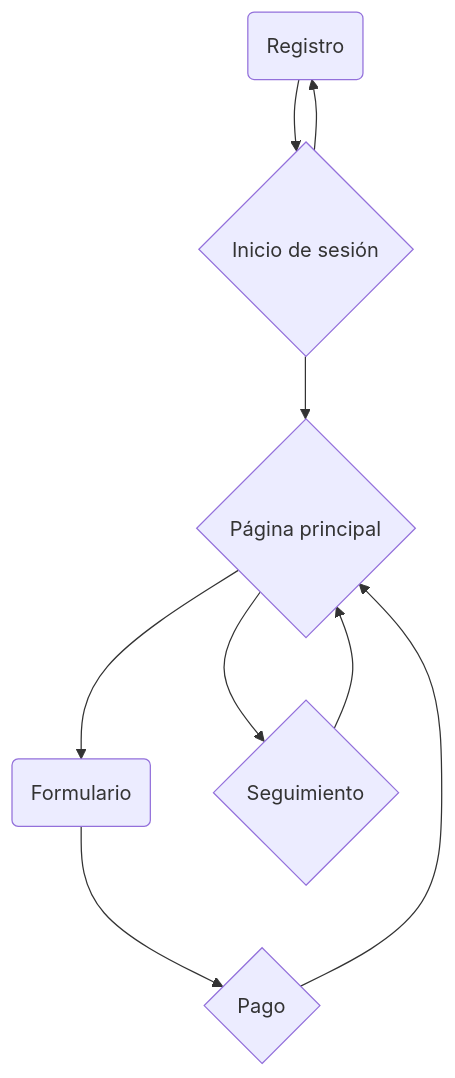
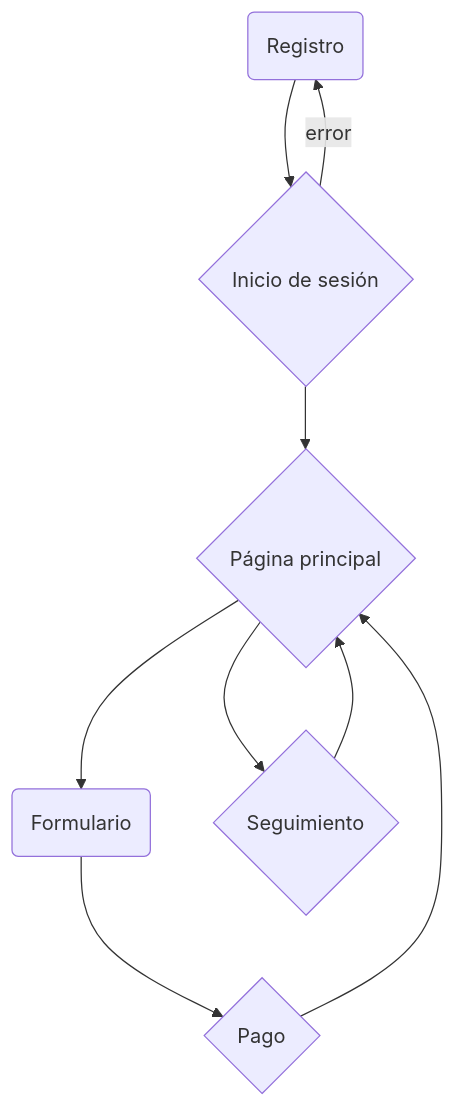
One commit to jonathanahf/Mission-FrontEnd changed the diagram in Practicas_de_Intro_a_Frontend/requerimientos.md. Above: the diagram before and after it, drawn with Mermaid.

Commit message:
Cambios avance1

````diff
--- a/Practicas_de_Intro_a_Frontend/requerimientos.md
+++ b/Practicas_de_Intro_a_Frontend/requerimientos.md
@@ -58,21 +58,21 @@
 ```mermaid
 graph TD;
     
     sa0(Registro)
     sa1{Inicio de sesión}
     sa2{Página principal}
     sa3(Formulario)
     sa4{Pago}
     sa5{Seguimiento}
 
     sa0-->sa1;
-    sa1-->sa0;
+    sa1--> | error | sa0;
     sa1-->sa2;
     sa2-->sa3;
     sa3-->sa4;
     sa4-->sa2;
     sa2-->sa5;
     sa5-->sa2;
 
     
 ```
````
